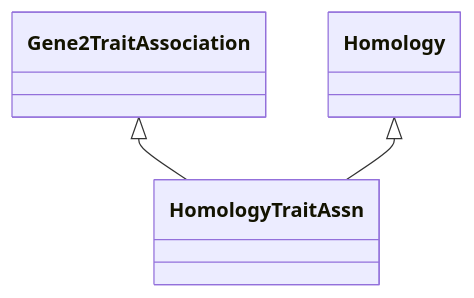
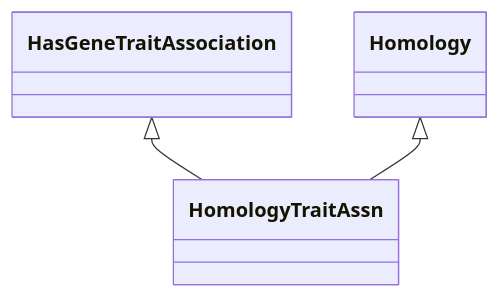
The diagram in semantic-motif-taxonomy/knet-motif-categories-doc/HomologyTraitAssn.md (KnetMiner/knetminer-schemas), drawn with Mermaid before and after one commit. The commit also changed other lines of this file and 59 other files, not shown here.

````diff
--- a/semantic-motif-taxonomy/knet-motif-categories-doc/HomologyTraitAssn.md
+++ b/semantic-motif-taxonomy/knet-motif-categories-doc/HomologyTraitAssn.md
@@ -21,11 +21,11 @@
 ```mermaid
  classDiagram
     class HomologyTraitAssn
     click HomologyTraitAssn href "../HomologyTraitAssn"
-      Gene2TraitAssociation <|-- HomologyTraitAssn
-        click Gene2TraitAssociation href "../Gene2TraitAssociation"
+      HasGeneTraitAssociation <|-- HomologyTraitAssn
+        click HasGeneTraitAssociation href "../HasGeneTraitAssociation"
       Homology <|-- HomologyTraitAssn
         click Homology href "../Homology"
       
       
 ```
````
